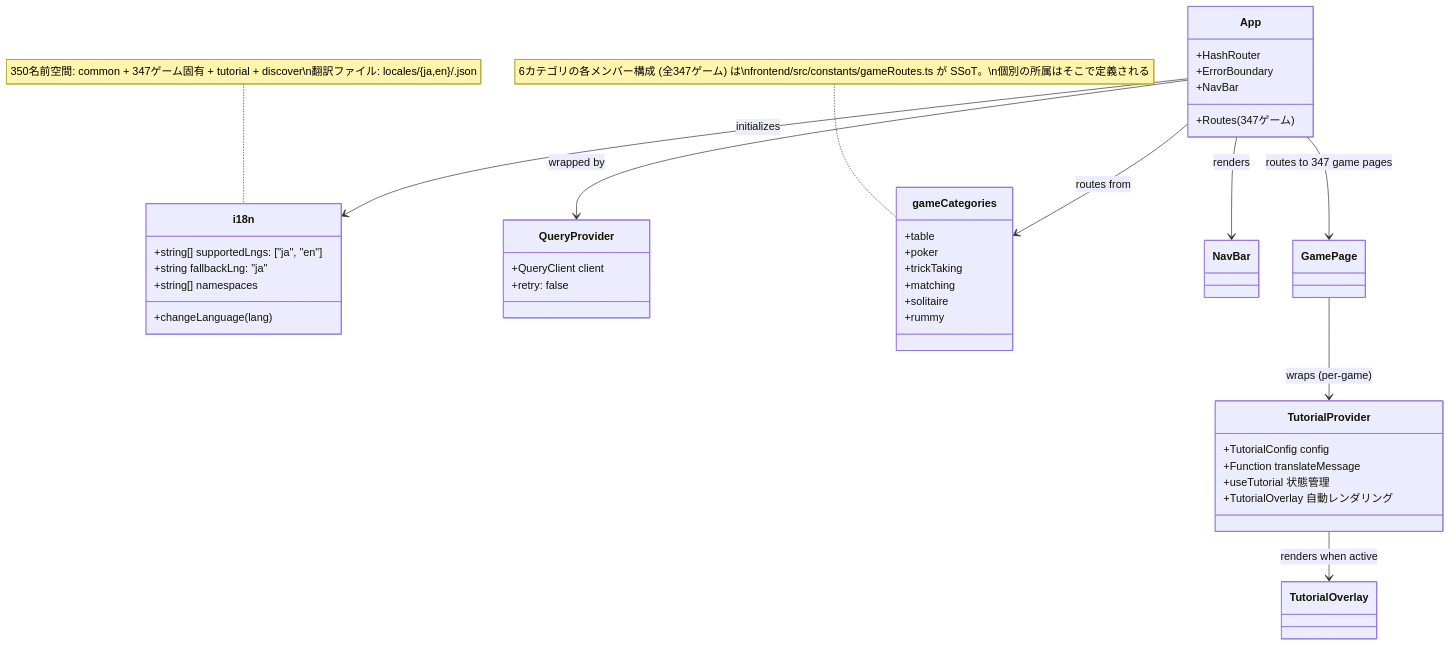
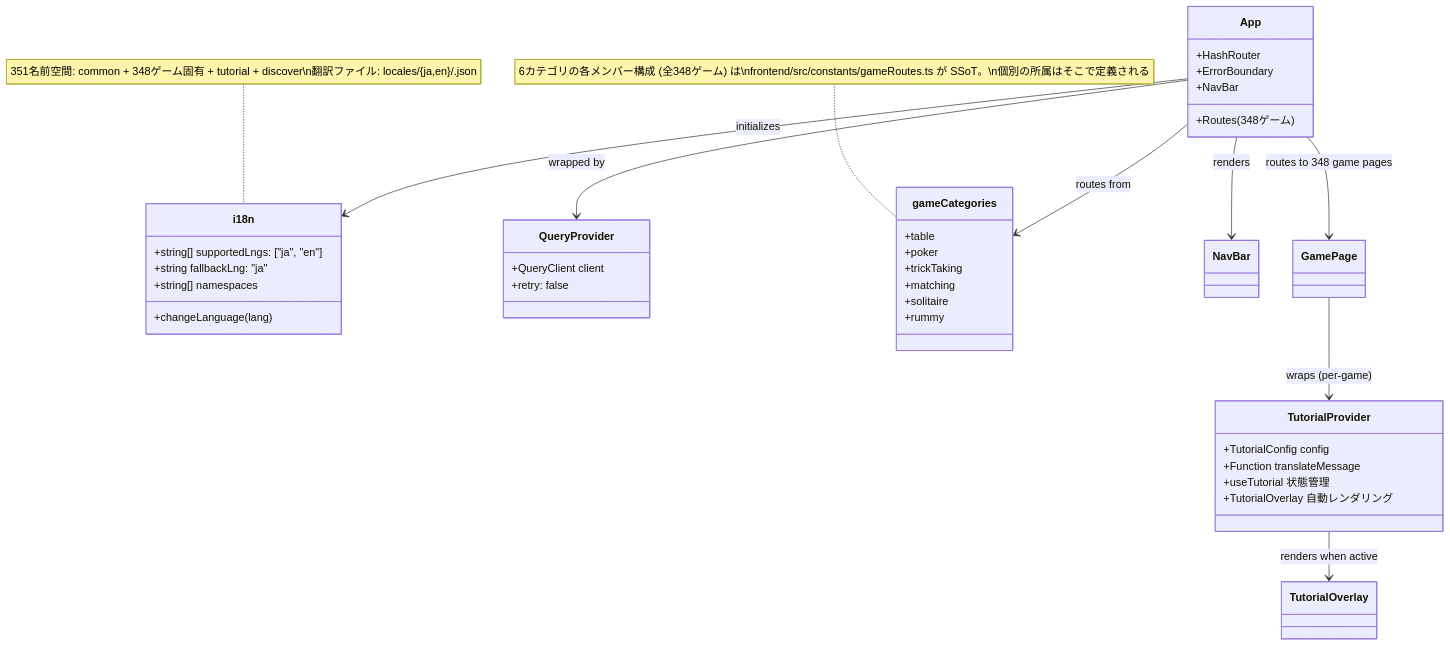
Before and after one commit to yuta-yoshinaga/go_trumpcards: the ninth of 49 diagrams in docs/design/frontend.md, drawn with Mermaid. The commit also changed other lines of this file and 63 other files, not shown here.

````diff
--- a/docs/design/frontend.md
+++ b/docs/design/frontend.md
@@ -1874,48 +1874,48 @@
 ```mermaid
 classDiagram
     class i18n {
         +string[] supportedLngs: ["ja", "en"]
         +string fallbackLng: "ja"
         +string[] namespaces
         +changeLanguage(lang)
     }
 
     class QueryProvider {
         +QueryClient client
         +retry: false
     }
 
     class App {
         +HashRouter
         +ErrorBoundary
         +NavBar
-        +Routes (347ゲーム)
+        +Routes (348ゲーム)
     }
 
     class gameCategories {
         +table
         +poker
         +trickTaking
         +matching
         +solitaire
         +rummy
     }
-    note for gameCategories "6カテゴリの各メンバー構成 (全347ゲーム) は\nfrontend/src/constants/gameRoutes.ts が SSoT。\n個別の所属はそこで定義される"
+    note for gameCategories "6カテゴリの各メンバー構成 (全348ゲーム) は\nfrontend/src/constants/gameRoutes.ts が SSoT。\n個別の所属はそこで定義される"
 
     class TutorialProvider {
         +TutorialConfig config
         +Function translateMessage
         +useTutorial 状態管理
         +TutorialOverlay 自動レンダリング
     }
 
     App --> QueryProvider : wrapped by
     App --> i18n : initializes
     App --> gameCategories : routes from
     App --> NavBar : renders
-    App --> GamePage : routes to 347 game pages
+    App --> GamePage : routes to 348 game pages
     GamePage --> TutorialProvider : wraps (per-game)
     TutorialProvider --> TutorialOverlay : renders when active
 
-    note for i18n "350名前空間: common + 347ゲーム固有 + tutorial + discover\n翻訳ファイル: locales/{ja,en}/<game>.json"
+    note for i18n "351名前空間: common + 348ゲーム固有 + tutorial + discover\n翻訳ファイル: locales/{ja,en}/<game>.json"
 ```
````
